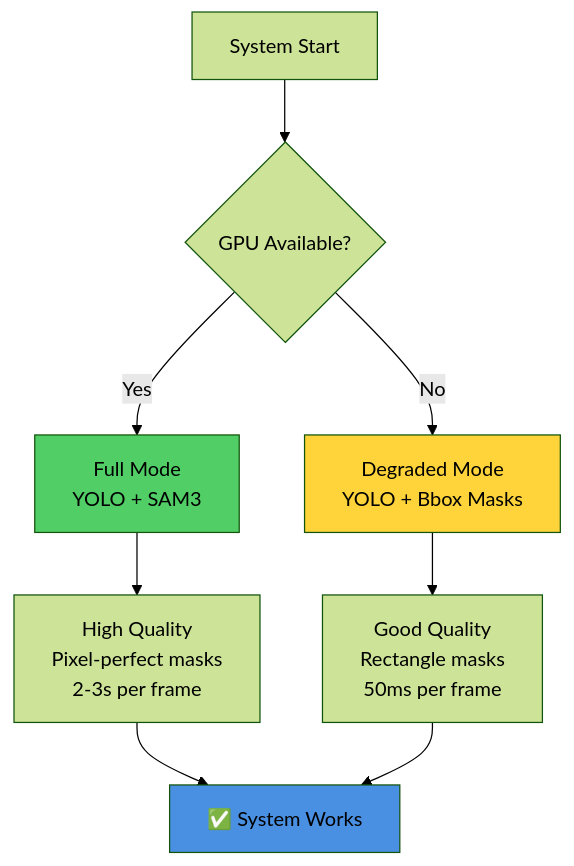
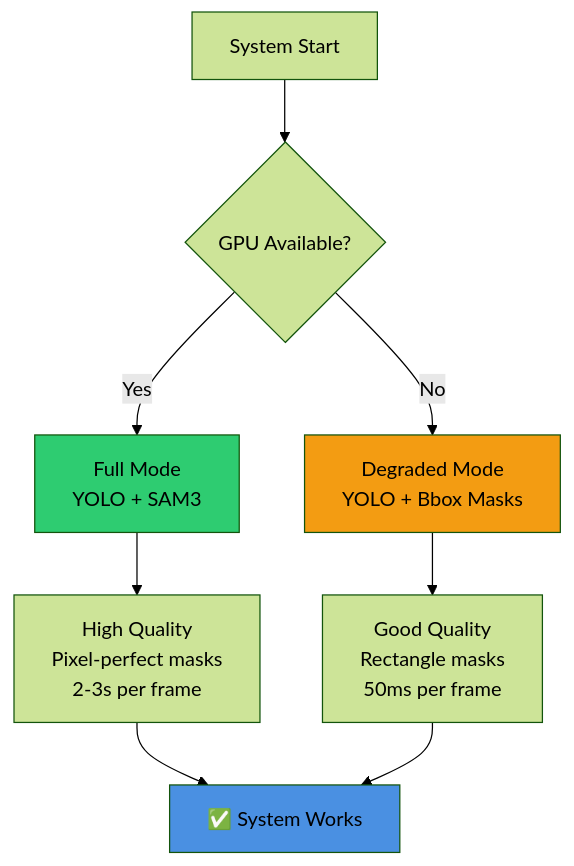
One commit to Omenranr/rag-video changed diagram 19 of 35 in README.md. Above: the diagram before and after it, drawn with Mermaid (forest theme). The commit also changed other lines of this file, not shown here.

````diff
--- a/README.md
+++ b/README.md
@@ -588,17 +588,17 @@
 ```mermaid
 graph TB
     A[System Start] --> B{GPU Available?}
     
     B -->|Yes| C[Full Mode<br/>YOLO + SAM3]
     B -->|No| D[Degraded Mode<br/>YOLO + Bbox Masks]
     
     C --> E[High Quality<br/>Pixel-perfect masks<br/>2-3s per frame]
     D --> F[Good Quality<br/>Rectangle masks<br/>50ms per frame]
     
     E --> G[✅ System Works]
     F --> G
     
-    style C fill:#51cf66
-    style D fill:#ffd43b
+    style C fill:#2ecc71
+    style D fill:#f39c12
     style G fill:#4a90e2
 ```
````
